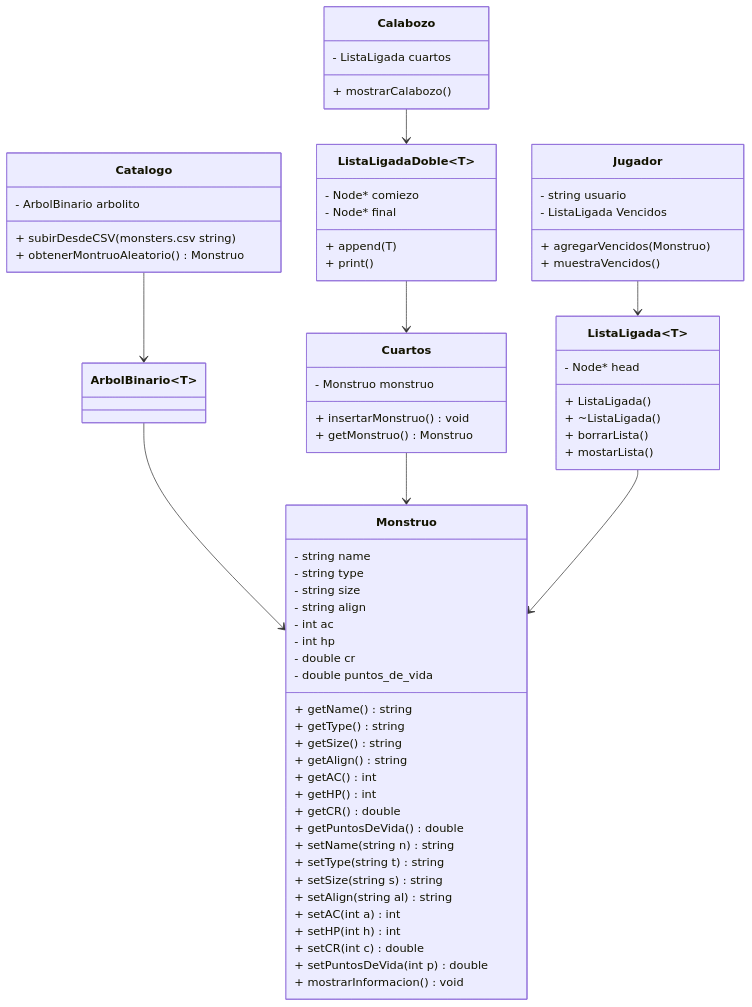
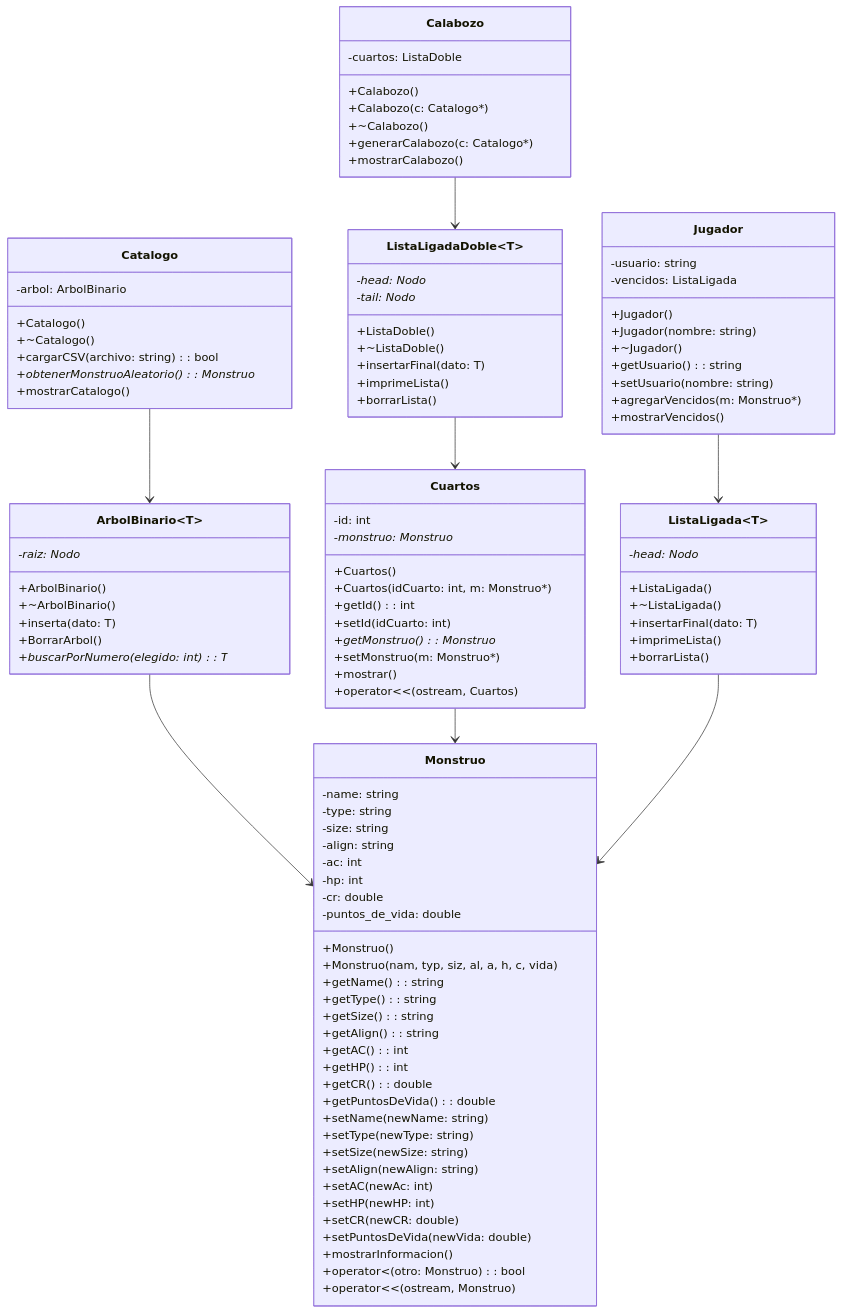
The diagram in README.md (Marbe-Barba/Proyecto_Final), drawn with Mermaid before and after one commit. The commit also changed 1 other file, not shown here.

````diff
--- a/README.md
+++ b/README.md
@@ -7,76 +7,107 @@
 ```mermaid
 classDiagram
-class Monstruo {
-  - string name
-  - string type
-  - string size
-  - string align
-  - int ac
-  - int hp
-  - double cr
-  - double puntos_de_vida
-  + getName() string
-  + getType() string
-  + getSize() string
-  + getAlign() string
-  + getAC() int
-  + getHP() int
-  + getCR() double
-  + getPuntosDeVida() double
-  + setName(string n) string
-  + setType(string t) string
-  + setSize(string s) string
-  + setAlign(string al) string
-  + setAC(int a) int
-  + setHP(int h) int
-  + setCR(int c) double
-  + setPuntosDeVida (int p) double
-  + mostrarInformacion() void
-}
+    class Monstruo {
+        -name: string
+        -type: string
+        -size: string
+        -align: string
+        -ac: int
+        -hp: int
+        -cr: double
+        -puntos_de_vida: double
+        +Monstruo()
+        +Monstruo(nam, typ, siz, al, a, h, c, vida)
+        +getName(): string
+        +getType(): string
+        +getSize(): string
+        +getAlign(): string
+        +getAC(): int
+        +getHP(): int
+        +getCR(): double
+        +getPuntosDeVida(): double
+        +setName(newName: string)
+        +setType(newType: string)
+        +setSize(newSize: string)
+        +setAlign(newAlign: string)
+        +setAC(newAc: int)
+        +setHP(newHP: int)
+        +setCR(newCR: double)
+        +setPuntosDeVida(newVida: double)
+        +mostrarInformacion()
+        +operator<(otro: Monstruo): bool
+        +operator<<(ostream, Monstruo)
+    }
 
 class Catalogo {
-  - ArbolBinario<Monstruo> arbolito
-  + subirDesdeCSV(monsters.csv string)
-  + obtenerMontruoAleatorio() Monstruo
+       -arbol: ArbolBinario<Monstruo>
+        +Catalogo()
+        +~Catalogo()
+        +cargarCSV(archivo: string): bool
+        +obtenerMonstruoAleatorio(): Monstruo*
+        +mostrarCatalogo()
 }
 
 class Cuartos {
-  - Monstruo monstruo
-  + insertarMonstruo() void
-  + getMonstruo() Monstruo
+-id: int
+        -monstruo: Monstruo*
+        +Cuartos()
+        +Cuartos(idCuarto: int, m: Monstruo*)
+        +getId(): int
+        +setId(idCuarto: int)
+        +getMonstruo(): Monstruo*
+        +setMonstruo(m: Monstruo*)
+        +mostrar()
+        +operator<<(ostream, Cuartos)
 }
 
 class Calabozo {
-  - ListaLigada<Cuartos> cuartos
-  + mostrarCalabozo()
-
+     -cuartos: ListaDoble<Cuartos>
+        +Calabozo()
+        +Calabozo(c: Catalogo*)
+        +~Calabozo()
+        +generarCalabozo(c: Catalogo*)
+        +mostrarCalabozo()
 }
 
 class Jugador {
-  - string usuario
-  - ListaLigada<Monstruo> Vencidos
-  + agregarVencidos (Monstruo)
-  + muestraVencidos()
+        -usuario: string
+        -vencidos: ListaLigada<Monstruo*>
+        +Jugador()
+        +Jugador(nombre: string)
+        +~Jugador()
+        +getUsuario(): string
+        +setUsuario(nombre: string)
+        +agregarVencidos(m: Monstruo*)
+        +mostrarVencidos()
 }
 
 
 class ArbolBinario~T~ {
-
+    -raiz: Nodo*
+    +ArbolBinario()
+    +~ArbolBinario()
+    +inserta(dato: T)
+    +BorrarArbol()
+    +buscarPorNumero(elegido: int): T*
 }
 
 class ListaLigadaDoble~T~ {
-  - Node* comiezo
-  - Node* final
-  + append(T)
-  + print()
+    -head: Nodo*
+    -tail: Nodo*
+    +ListaDoble()
+    +~ListaDoble()
+    +insertarFinal(dato: T)
+    +imprimeLista()
+    +borrarLista()
 }
 
 class ListaLigada~T~ {
-  - Node* head
-  + ListaLigada()
-  + ~ListaLigada()
-  + borrarLista()
-  + mostarLista()
+    -head: Nodo*
+    +ListaLigada()
+    +~ListaLigada()
+    +insertarFinal(dato: T)
+    +imprimeLista()
+    +borrarLista()
 }
 
 
````
